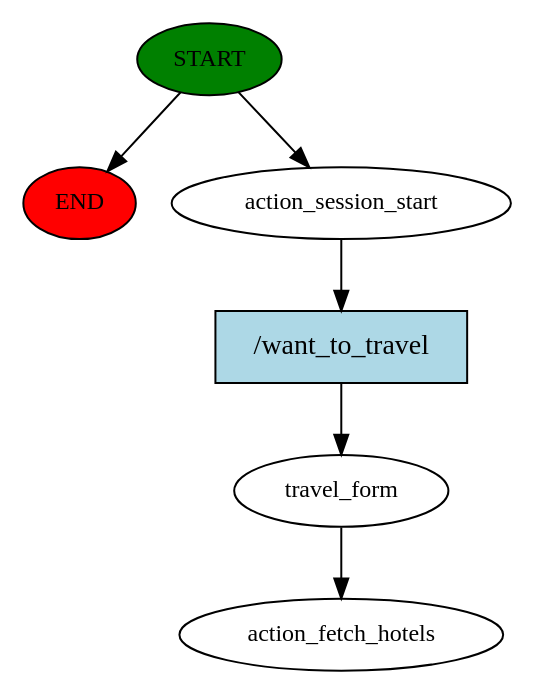
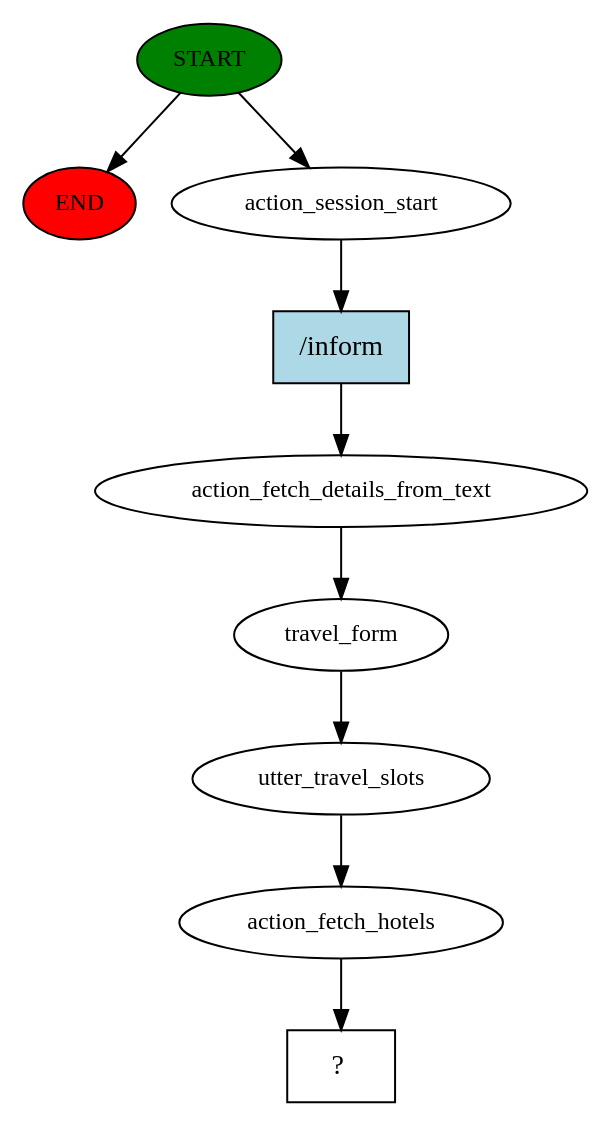
Before and after one commit to BrownMunda1/tbo-travel-chatbot: the diagram in chatbot-backend/story_graph.dot, drawn with Graphviz. The commit also changed 120 other files, not shown here.

```diff
--- a/chatbot-backend/story_graph.dot
+++ b/chatbot-backend/story_graph.dot
@@ -1,13 +1,19 @@
 digraph  {
 0 [class="start active", fillcolor=green, fontsize=12, label=START, style=filled];
 "-1" [class=end, fillcolor=red, fontsize=12, label=END, style=filled];
 1 [class=active, fontsize=12, label=action_session_start];
-2 [class=active, fontsize=12, label=travel_form];
-3 [class="dashed active", fontsize=12, label=action_fetch_hotels];
-4 [class="intent active", fillcolor=lightblue, label="/want_to_travel", shape=rect, style=filled];
+2 [class=active, fontsize=12, label=action_fetch_details_from_text];
+3 [class=active, fontsize=12, label=travel_form];
+4 [class=active, fontsize=12, label=utter_travel_slots];
+5 [class=active, fontsize=12, label=action_fetch_hotels];
+6 [class="intent dashed active", label="  ?  ", shape=rect];
+7 [class="intent active", fillcolor=lightblue, label="/inform", shape=rect, style=filled];
 0 -> "-1"  [class="", key=NONE, label=""];
 0 -> 1  [class=active, key=NONE, label=""];
-1 -> 4  [class=active, key=0];
+1 -> 7  [class=active, key=0];
 2 -> 3  [class=active, key=NONE, label=""];
-4 -> 2  [class=active, key=0];
+3 -> 4  [class=active, key=NONE, label=""];
+4 -> 5  [class=active, key=NONE, label=""];
+5 -> 6  [class=active, key=NONE, label=""];
+7 -> 2  [class=active, key=0];
 }
```
